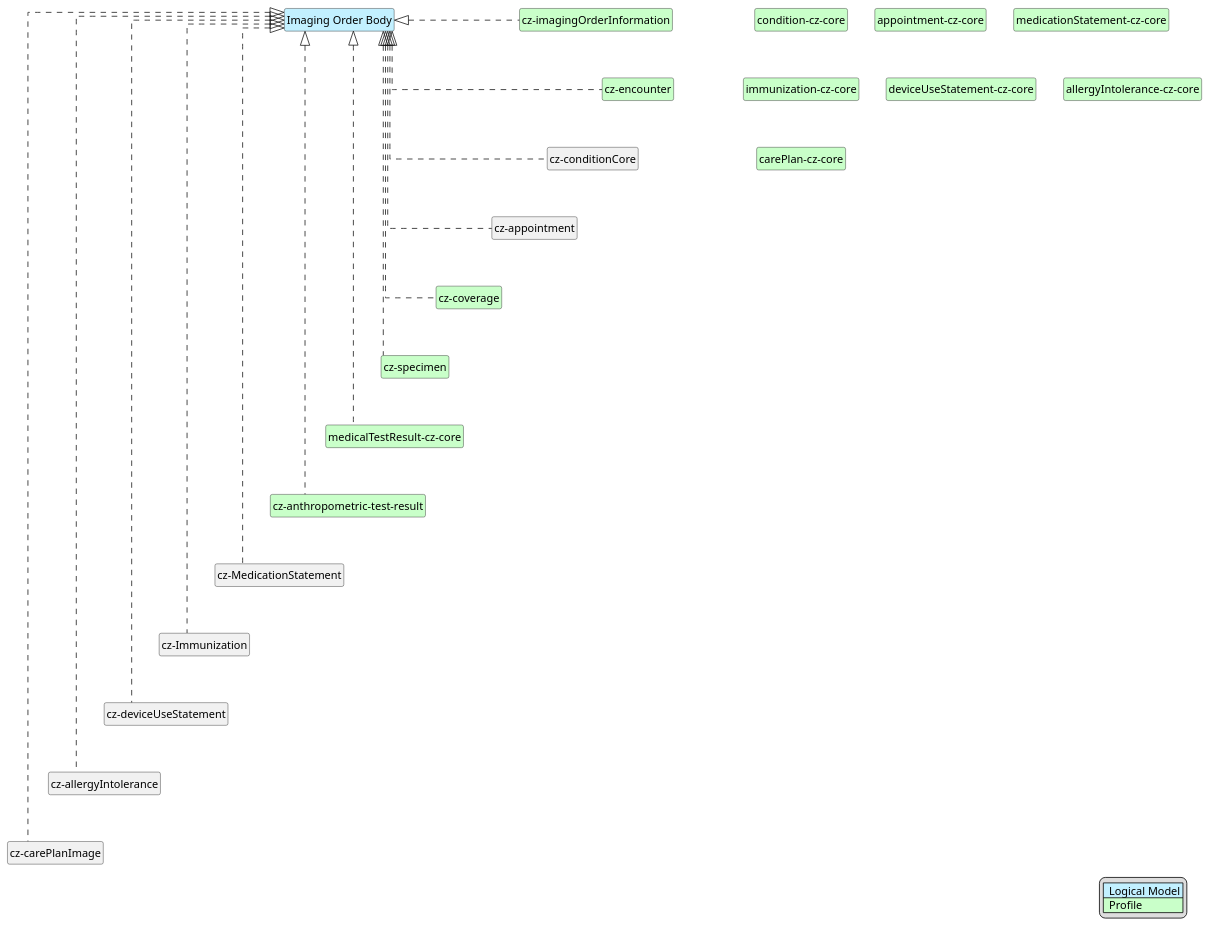
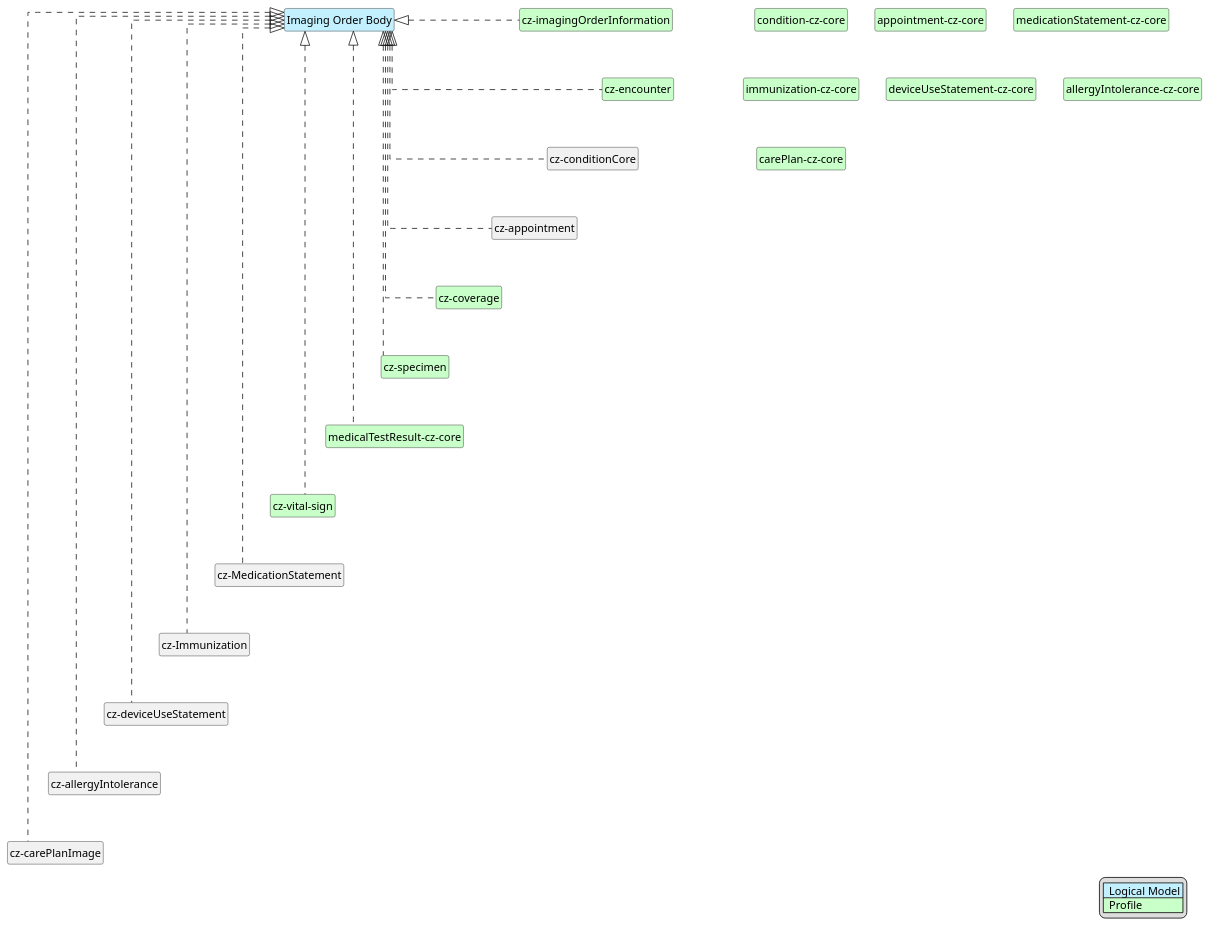
One commit to HL7-cz/img-order changed the diagram in input/images-source/imgOrderBody-map.plantuml. Above: the diagram before and after it, drawn with PlantUML. The commit also changed 16 other files, not shown here.

```diff
--- a/input/images-source/imgOrderBody-map.plantuml
+++ b/input/images-source/imgOrderBody-map.plantuml
@@ -1,58 +1,58 @@
 @startuml
 hide circle
 hide stereotype
 hide members
 hide methods
 skinparam linetype ortho
 skinparam class {
 BackgroundColor<<LogicalModel>> #APPLICATION
 BackgroundColor<<Profile>> #TECHNOLOGY
 }
 legend right
 | <#APPLICATION>  Logical Model |
 | <#TECHNOLOGY>  Profile |
 endlegend
 class "Imaging Order Body" <<LogicalModel>> [[StructureDefinition-BodyImageOrderCz.html]]
 
 class "cz-imagingOrderInformation" <<Profile>> [[StructureDefinition-cz-imagingOrderInformation.html]]
 class "condition-cz-core" <<Profile>> [[https://hl7.cz/fhir/core/StructureDefinition-condition-cz-core.html]]
 class "cz-encounter" <<Profile>> [[https://hl7.cz/fhir/core/StructureDefinition-cz-encounter.html]]
 class "cz-coverage" <<Profile>> [[https://hl7.cz/fhir/core/StructureDefinition-cz-coverage.html]]
 class "appointment-cz-core" <<Profile>> [[https://hl7.cz/fhir/core/StructureDefinition-appointment-cz-core.html]]
 class "cz-specimen" <<Profile>> [[https://hl7.cz/fhir/core/StructureDefinition-cz-specimen.html]]
 class "medicalTestResult-cz-core" <<Profile>> [[https://hl7.cz/fhir/core/StructureDefinition-medicalTestResult-cz-core.html]]
-class "cz-anthropometric-test-result" <<Profile>> [[StructureDefinition-cz-anthropometric-test-result.html]]
+class "cz-vital-sign" <<Profile>> [[StructureDefinition-cz-vital-sign.html]]
 class "medicationStatement-cz-core" <<Profile>> [[https://hl7.cz/fhir/core/StructureDefinition-medicationStatement-cz-core.html]]
 class "immunization-cz-core" <<Profile>> [[https://hl7.cz/fhir/core/StructureDefinition-immunization-cz-core.html]]
 class "deviceUseStatement-cz-core" <<Profile>> [[https://hl7.cz/fhir/core/StructureDefinition-deviceUseStatement-cz-core.html]]
 class "allergyIntolerance-cz-core" <<Profile>> [[https://hl7.cz/fhir/core/StructureDefinition-allergyIntolerance-cz-core.html]]
 class "carePlan-cz-core" <<Profile>> [[https://hl7.cz/fhir/core/StructureDefinition-carePlan-cz-core.html]]
 
 "Imaging Order Body" <|. "cz-imagingOrderInformation"
 "Imaging Order Body" <|. "cz-appointment"
 "Imaging Order Body" <|. "cz-coverage"
 "Imaging Order Body" <|. "cz-conditionCore"
 "Imaging Order Body" <|. "cz-encounter"
 "Imaging Order Body" <|. "cz-specimen"
 "Imaging Order Body" <|. "medicalTestResult-cz-core"
-"Imaging Order Body" <|. "cz-anthropometric-test-result"
+"Imaging Order Body" <|. "cz-vital-sign"
 "Imaging Order Body" <|. "cz-MedicationStatement"
 "Imaging Order Body" <|. "cz-Immunization"
 "Imaging Order Body" <|. "cz-deviceUseStatement"
 "Imaging Order Body" <|. "cz-allergyIntolerance"
 "Imaging Order Body" <|. "cz-carePlanImage"
 
 "cz-imagingOrderInformation" -d[hidden]-> "cz-encounter"
 "cz-encounter" -d[hidden]-> "cz-conditionCore"
 "cz-conditionCore" -d[hidden]-> "cz-appointment"
 "cz-appointment" -d[hidden]-> "cz-coverage"
 "cz-coverage" -d[hidden]-> "cz-specimen"
 "cz-specimen" -d[hidden]-> "medicalTestResult-cz-core"
-"medicalTestResult-cz-core" -d[hidden]-> "cz-anthropometric-test-result"
-"cz-anthropometric-test-result" -d[hidden]-> "cz-MedicationStatement"
+"medicalTestResult-cz-core" -d[hidden]-> "cz-vital-sign"
+"cz-vital-sign" -d[hidden]-> "cz-MedicationStatement"
 "cz-MedicationStatement" -d[hidden]-> "cz-Immunization"
 "cz-Immunization" -d[hidden]-> "cz-deviceUseStatement"
 "cz-deviceUseStatement" -d[hidden]-> "cz-allergyIntolerance"
 "cz-allergyIntolerance" -d[hidden]-> "cz-carePlanImage"
 
 @enduml
```
